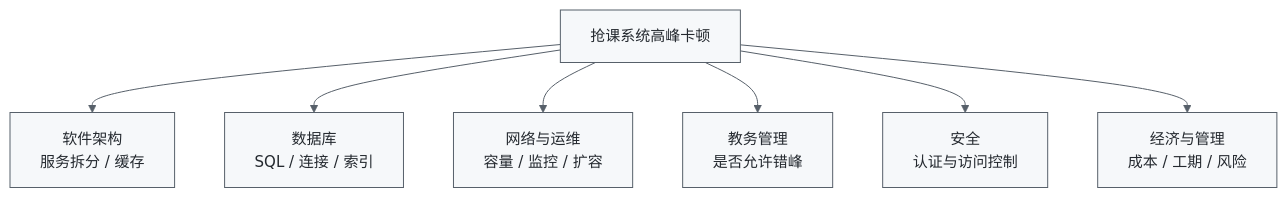
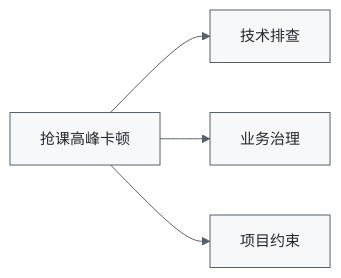
The fifth of 7 diagrams in 01_综合知识/02_系统工程与信息系统基础/02_系统工程方法/霍尔三维结构.md (74262195/system-architect-notes), drawn with Mermaid before and after one commit. The commit also changed other lines of this file and 2 other files, not shown here.

Commit message:
fix: 修正霍尔三维结构流程图排版

````diff
--- a/01_综合知识/02_系统工程与信息系统基础/02_系统工程方法/霍尔三维结构.md
+++ b/01_综合知识/02_系统工程与信息系统基础/02_系统工程方法/霍尔三维结构.md
@@ -483,11 +435,7 @@
 ```mermaid
 %%{init: {"theme":"base","themeVariables":{"fontSize":"15px","primaryColor":"#f6f8fa","primaryTextColor":"#24292f","primaryBorderColor":"#57606a","lineColor":"#57606a","secondaryColor":"#ffffff","tertiaryColor":"#ffffff","edgeLabelBackground":"#ffffff"}}}%%
-flowchart TB
-    A["抢课系统高峰卡顿"]
-    A --> B["软件架构<br/>服务拆分 / 缓存"]
-    A --> C["数据库<br/>SQL / 连接 / 索引"]
-    A --> D["网络与运维<br/>容量 / 监控 / 扩容"]
-    A --> E["教务管理<br/>是否允许错峰"]
-    A --> F["安全<br/>认证与访问控制"]
-    A --> G["经济与管理<br/>成本 / 工期 / 风险"]
+flowchart LR
+    A["抢课高峰卡顿"] --> B["技术排查"]
+    A --> C["业务治理"]
+    A --> D["项目约束"]
 ```
````
